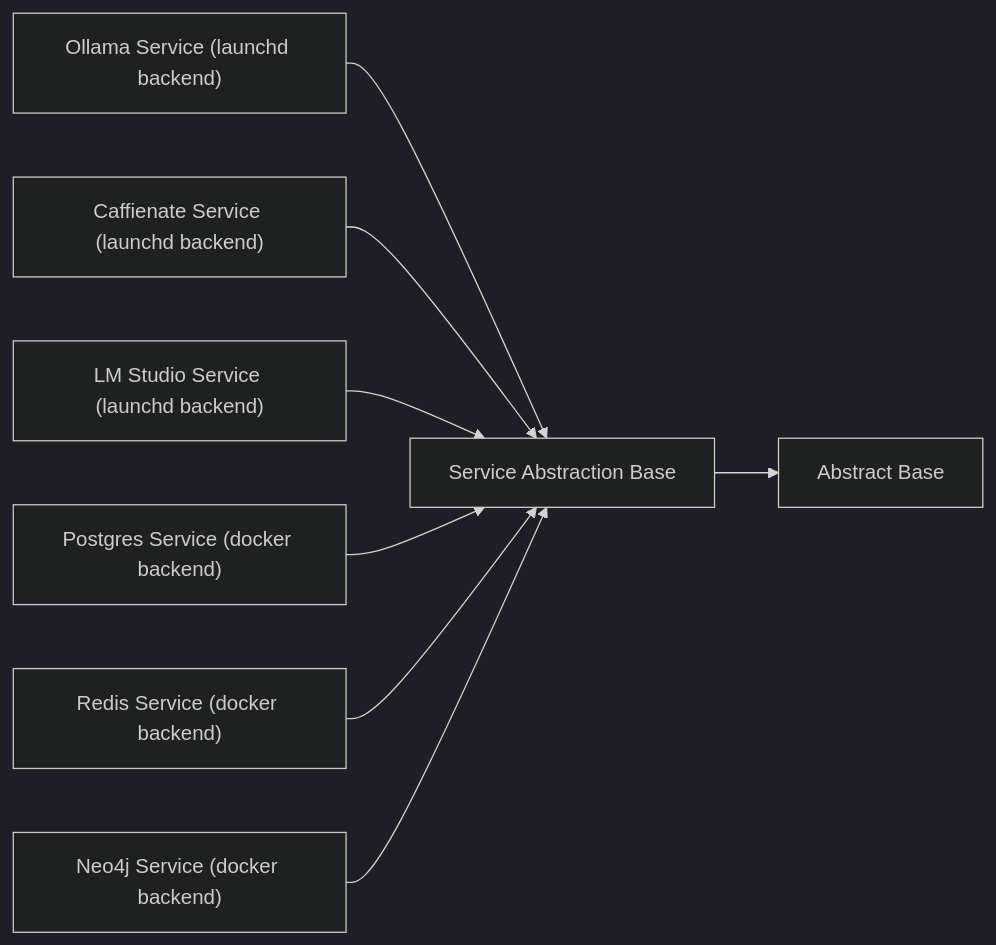
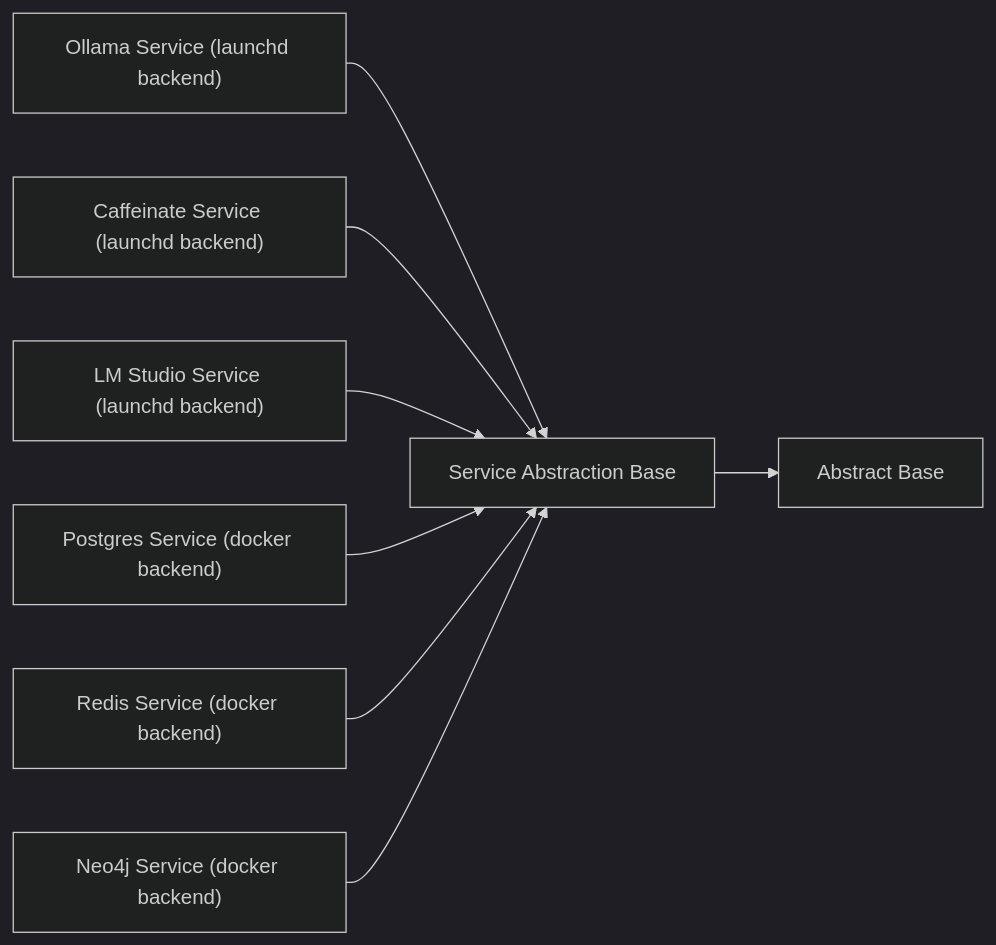
Before and after one commit to kieferwaight/LocalFabric: the diagram in 18_docs/service.base.definition.md, drawn with Mermaid (dark theme). The commit also changed other lines of this file and 389 other files, not shown here.

````diff
--- a/18_docs/service.base.definition.md
+++ b/18_docs/service.base.definition.md
@@ -36,11 +36,11 @@
 ```mermaid
 flowchart LR
   def_service_base["Service Abstraction Base"]
 def_service_base --> def_stdlib_base["Abstract Base"]
 def_service_ollama["Ollama Service (launchd backend)"] --> def_service_base
-def_service_caffienate["Caffienate Service (launchd backend)"] --> def_service_base
+def_service_caffeinate["Caffeinate Service (launchd backend)"] --> def_service_base
 def_service_lm_studio["LM Studio Service (launchd backend)"] --> def_service_base
 def_service_postgres["Postgres Service (docker backend)"] --> def_service_base
 def_service_redis["Redis Service (docker backend)"] --> def_service_base
 def_service_neo4j["Neo4j Service (docker backend)"] --> def_service_base
 ```
````
